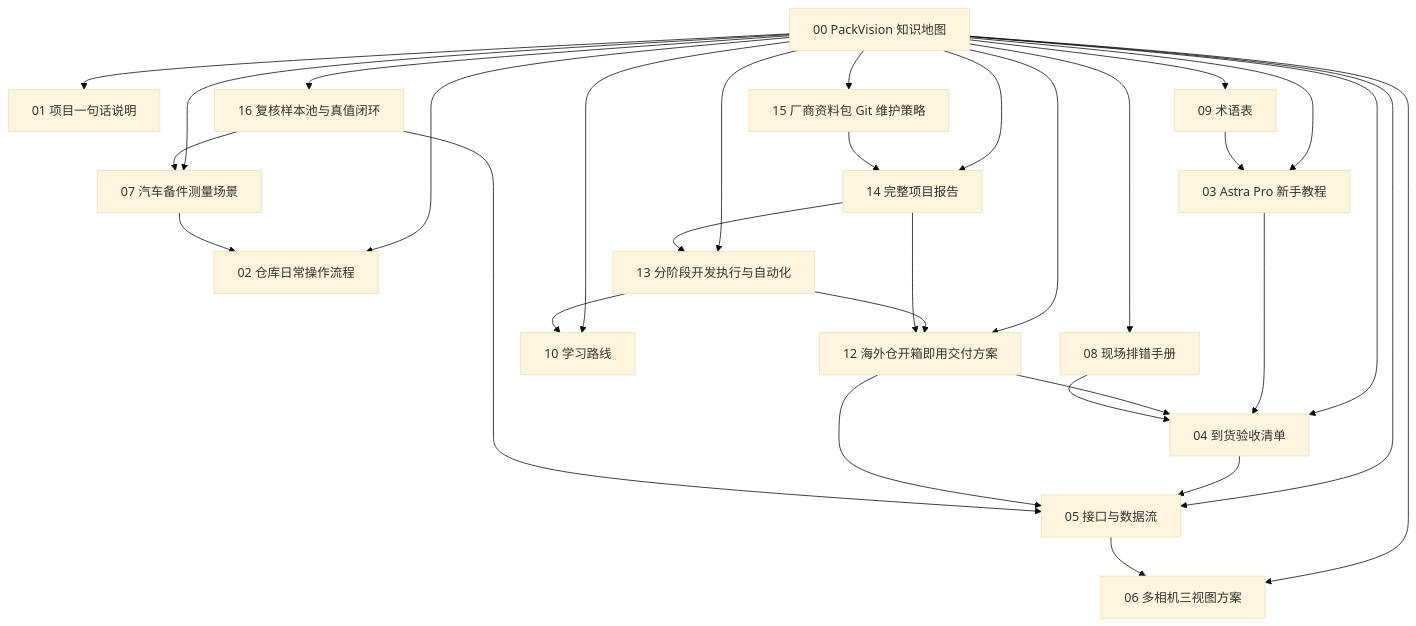
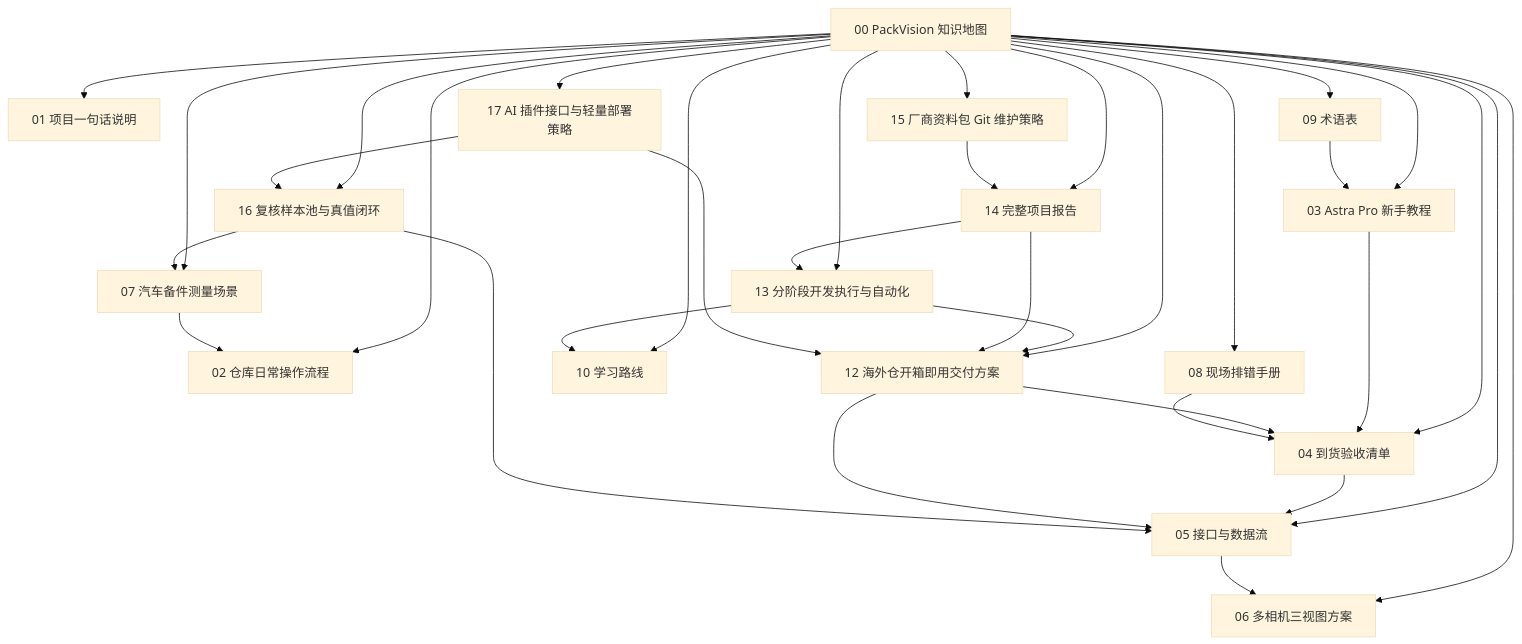
Before and after one commit to BilibiliSZdaomei/packvision: the diagram in docs_obsidian/PackVision/00 PackVision 知识地图.md, drawn with Mermaid (base theme). The commit also changed other lines of this file and 16 other files, not shown here.

````diff
--- a/docs_obsidian/PackVision/00 PackVision 知识地图.md
+++ b/docs_obsidian/PackVision/00 PackVision 知识地图.md
@@ -40,33 +41,36 @@
 ```mermaid
 graph TD
   A["00 PackVision 知识地图"] --> B["01 项目一句话说明"]
   A --> C["02 仓库日常操作流程"]
   A --> D["03 Astra Pro 新手教程"]
   A --> E["04 到货验收清单"]
   A --> F["05 接口与数据流"]
   A --> G["06 多相机三视图方案"]
   A --> H["07 汽车备件测量场景"]
   A --> I["08 现场排错手册"]
   A --> J["09 术语表"]
   A --> K["10 学习路线"]
   A --> L["12 海外仓开箱即用交付方案"]
   A --> M["13 分阶段开发执行与自动化"]
   A --> N["14 完整项目报告"]
   A --> O["15 厂商资料包 Git 维护策略"]
   A --> P["16 复核样本池与真值闭环"]
+  A --> Q["17 AI 插件接口与轻量部署策略"]
   D --> E
   E --> F
   F --> G
   L --> E
   L --> F
   M --> K
   M --> L
   N --> L
   N --> M
   O --> N
   P --> F
   P --> H
+  Q --> P
+  Q --> L
   H --> C
   I --> E
   J --> D
 ```
````
